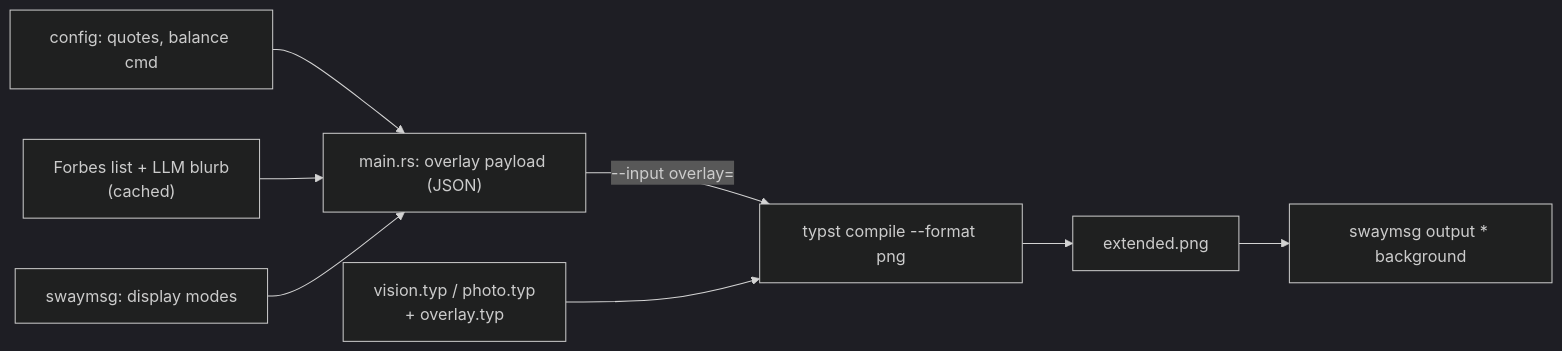
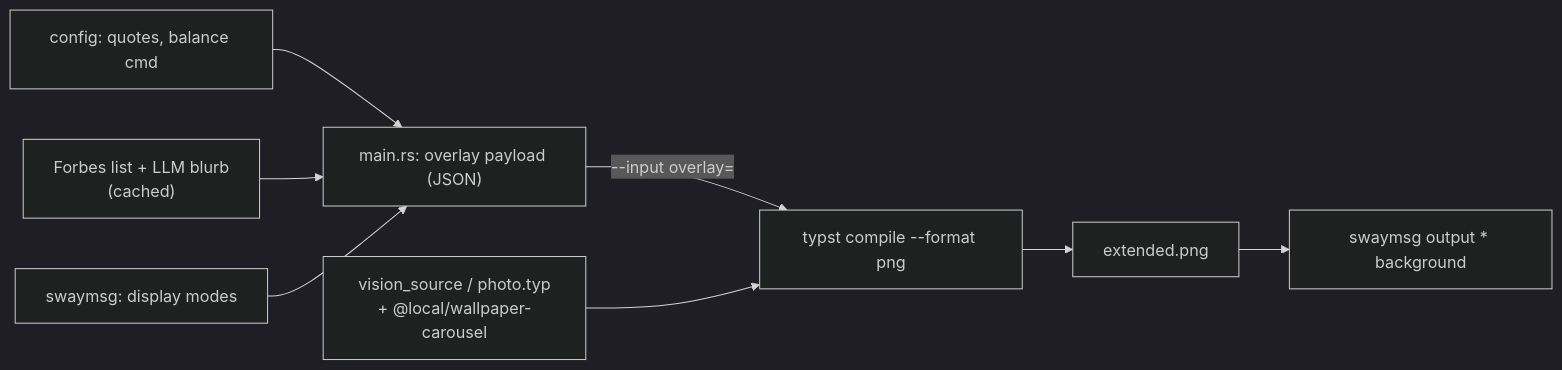
One commit to valeratrades/wallpaper_carousel changed the diagram in docs/ARCHITECTURE.md. Above: the diagram before and after it, drawn with Mermaid (dark theme). The commit also changed other lines of this file and 26 other files, not shown here.

First line of the commit message:
cl/feat!: move the vision document out; ship the overlay as `@local/wallpaper-carousel`

````diff
--- a/docs/ARCHITECTURE.md
+++ b/docs/ARCHITECTURE.md
@@ -6,9 +6,9 @@
 ```mermaid
 flowchart LR
     Q["config: quotes, balance cmd"] --> P
     F["Forbes list + LLM blurb<br/>(cached)"] --> P
     D["swaymsg: display modes"] --> P
     P["main.rs: overlay payload (JSON)"] -->|--input overlay=| T
-    V["vision.typ / photo.typ<br/>+ overlay.typ"] --> T
+    V["vision_source / photo.typ<br/>+ @local/wallpaper-carousel"] --> T
     T["typst compile --format png"] --> W["extended.png"] --> S["swaymsg output * background"]
 ```
````
